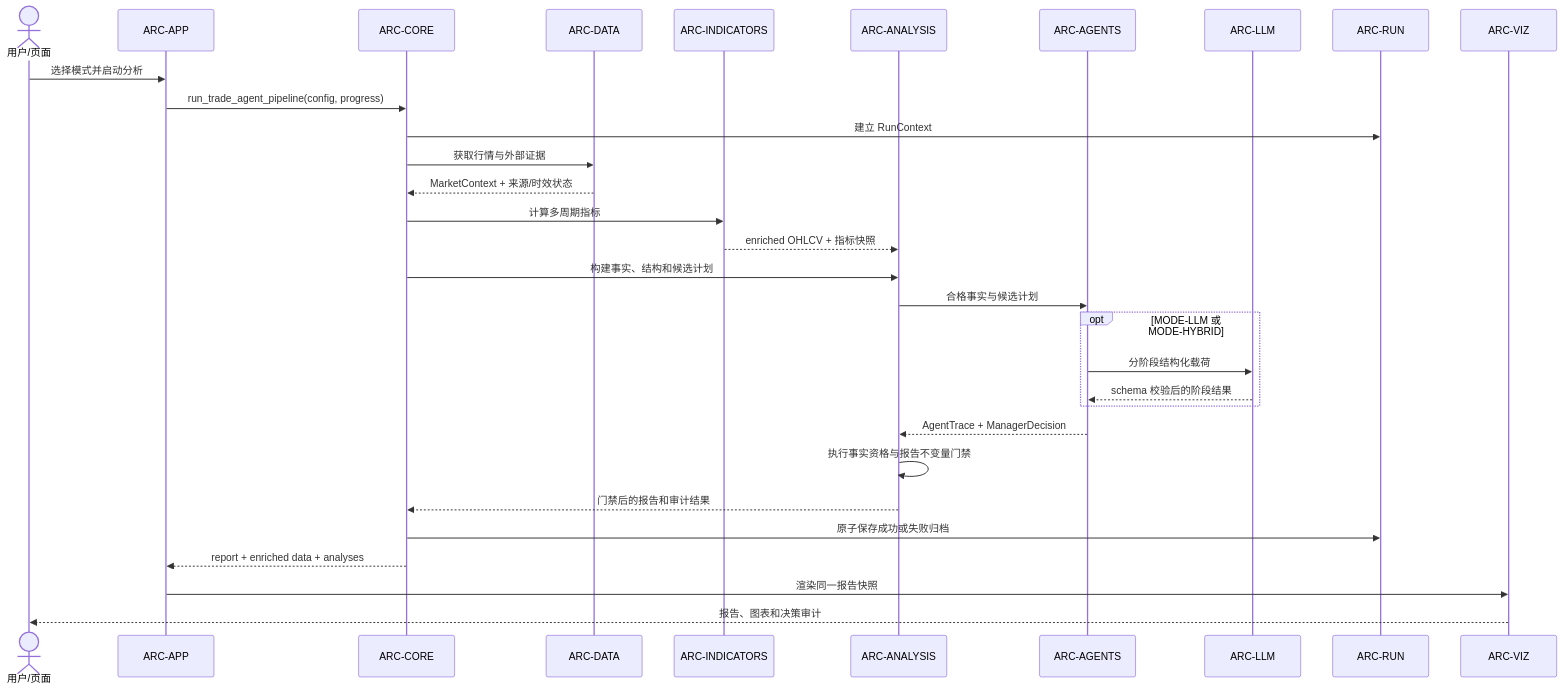
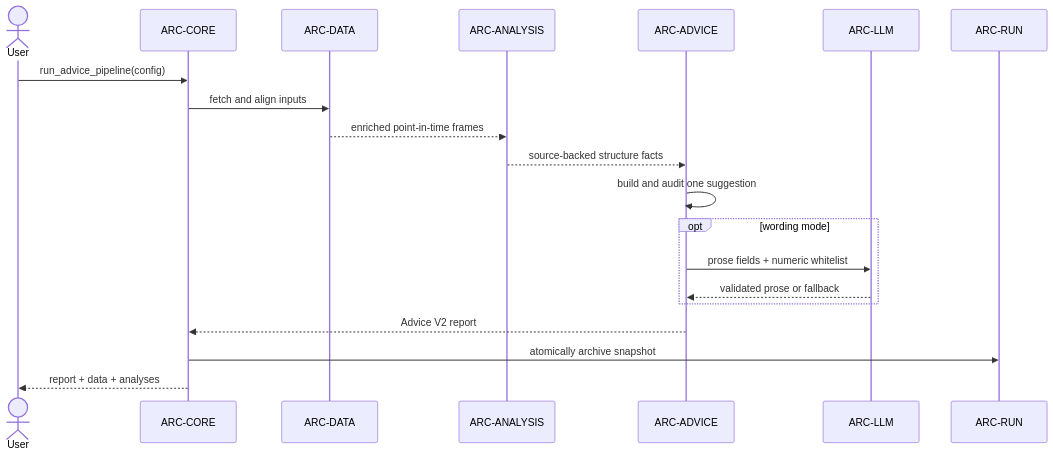
Before and after one commit to vbqx/GoldAnalysisAI: the third of 5 diagrams in docs/aspice/SWE.2-architecture/software-architecture.md, drawn with Mermaid. The commit also changed other lines of this file and 71 other files, not shown here.

````diff
--- a/docs/aspice/SWE.2-architecture/software-architecture.md
+++ b/docs/aspice/SWE.2-architecture/software-architecture.md
@@ -99,33 +48,22 @@
 ```mermaid
 sequenceDiagram
-  actor User as 用户/页面
-  participant App as ARC-APP
+  actor User
   participant Core as ARC-CORE
   participant Data as ARC-DATA
-  participant Ind as ARC-INDICATORS
-  participant Ana as ARC-ANALYSIS
-  participant Agents as ARC-AGENTS
+  participant Analysis as ARC-ANALYSIS
+  participant Advice as ARC-ADVICE
   participant LLM as ARC-LLM
   participant Run as ARC-RUN
-  participant Viz as ARC-VIZ
-  User->>App: 选择模式并启动分析
-  App->>Core: run_trade_agent_pipeline(config, progress)
-  Core->>Run: 建立 RunContext
-  Core->>Data: 获取行情与外部证据
-  Data-->>Core: MarketContext + 来源/时效状态
-  Core->>Ind: 计算多周期指标
-  Ind-->>Ana: enriched OHLCV + 指标快照
-  Core->>Ana: 构建事实、结构和候选计划
-  Ana->>Agents: 合格事实与候选计划
-  opt MODE-LLM 或 MODE-HYBRID
-    Agents->>LLM: 分阶段结构化载荷
-    LLM-->>Agents: schema 校验后的阶段结果
+  User->>Core: run_advice_pipeline(config)
+  Core->>Data: fetch and align inputs
+  Data-->>Analysis: enriched point-in-time frames
+  Analysis-->>Advice: source-backed structure facts
+  Advice->>Advice: build and audit one suggestion
+  opt wording mode
+    Advice->>LLM: prose fields + numeric whitelist
+    LLM-->>Advice: validated prose or fallback
   end
-  Agents-->>Ana: AgentTrace + ManagerDecision
-  Ana->>Ana: 执行事实资格与报告不变量门禁
-  Ana-->>Core: 门禁后的报告和审计结果
-  Core->>Run: 原子保存成功或失败归档
-  Core-->>App: report + enriched data + analyses
-  App->>Viz: 渲染同一报告快照
-  Viz-->>User: 报告、图表和决策审计
+  Advice-->>Core: Advice V2 report
+  Core->>Run: atomically archive snapshot
+  Core-->>User: report + data + analyses
 ```
````
